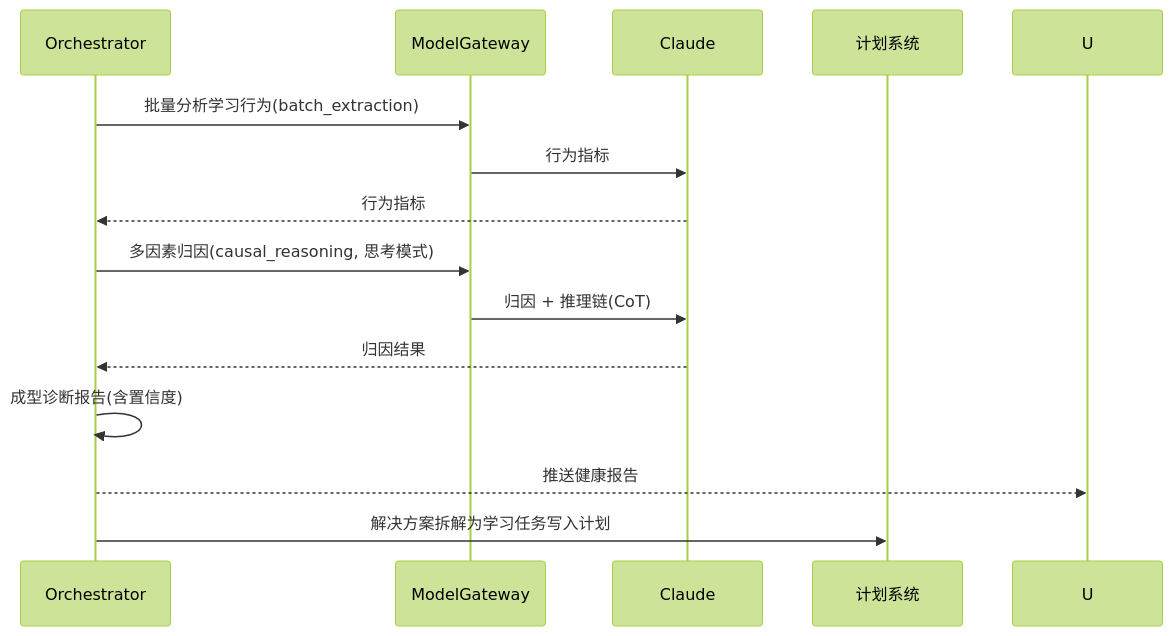
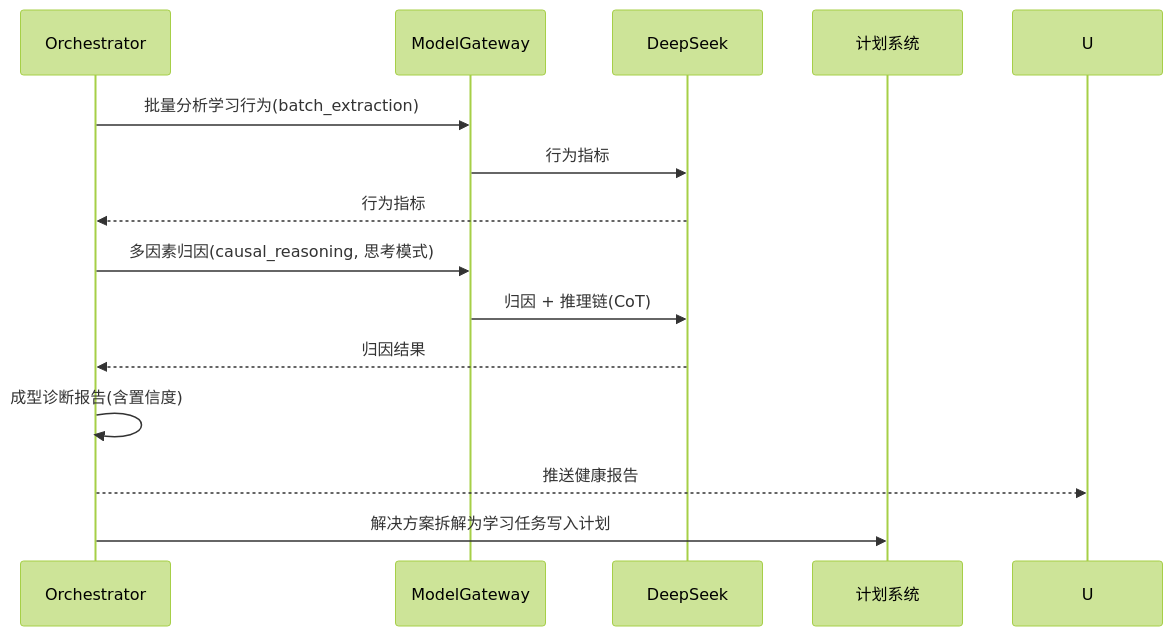
One commit to Curtainorange/knowledge-agent changed the seventh of 9 diagrams in docs/系统设计文档.md. Above: the diagram before and after it, drawn with Mermaid (forest theme). The commit also changed other lines of this file and 5 other files, not shown here.

First line of the commit message:
docs: 文档统一切换为国产 DeepSeek（deepseek-v4-flash + 每请求 reasoning 开关）

````diff
--- a/docs/系统设计文档.md
+++ b/docs/系统设计文档.md
@@ -688,17 +688,17 @@
 ```mermaid
 sequenceDiagram
     participant O as Orchestrator
     participant G as ModelGateway
-    participant M as Claude
+    participant M as DeepSeek
     participant P as 计划系统
 
     O->>G: 批量分析学习行为(batch_extraction)
     G->>M: 行为指标
     M-->>O: 行为指标
     O->>G: 多因素归因(causal_reasoning, 思考模式)
     G->>M: 归因 + 推理链(CoT)
     M-->>O: 归因结果
     O->>O: 成型诊断报告(含置信度)
     O-->>U: 推送健康报告
     O->>P: 解决方案拆解为学习任务写入计划
 ```
````
